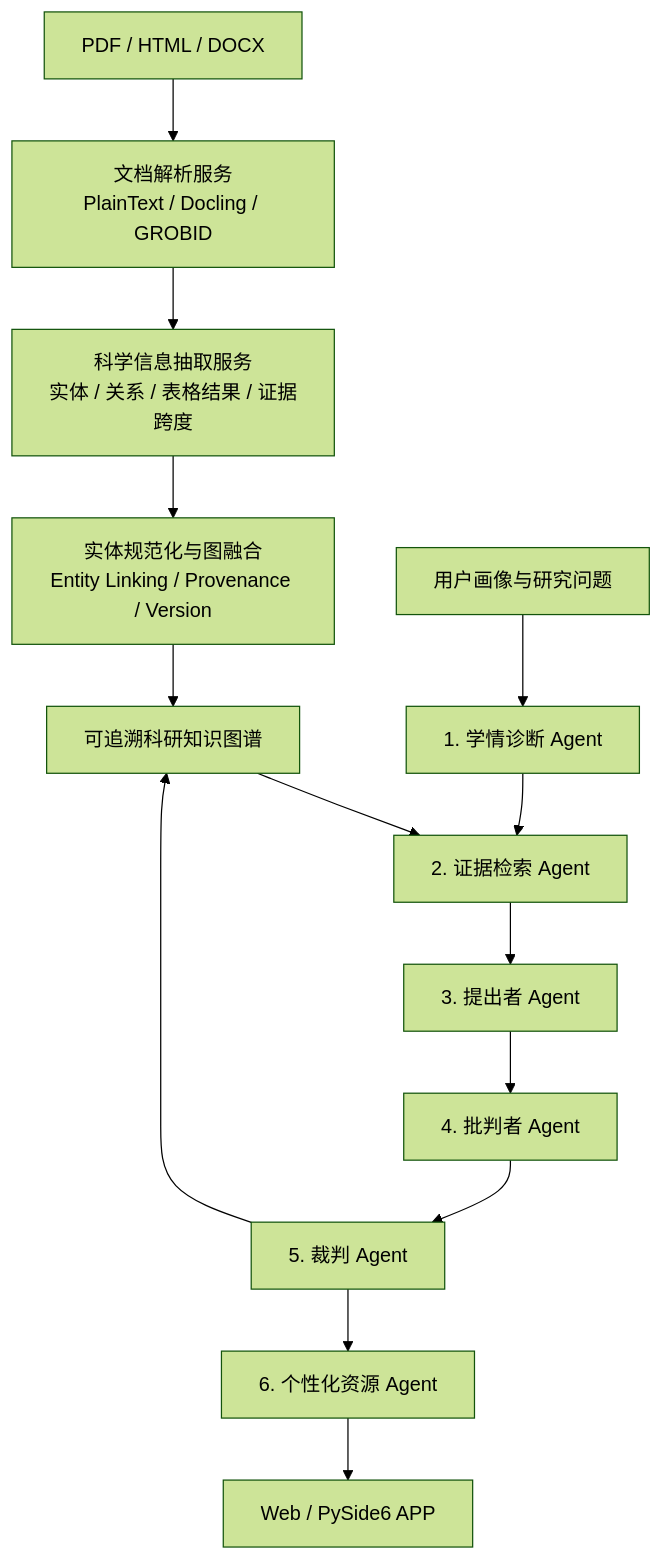
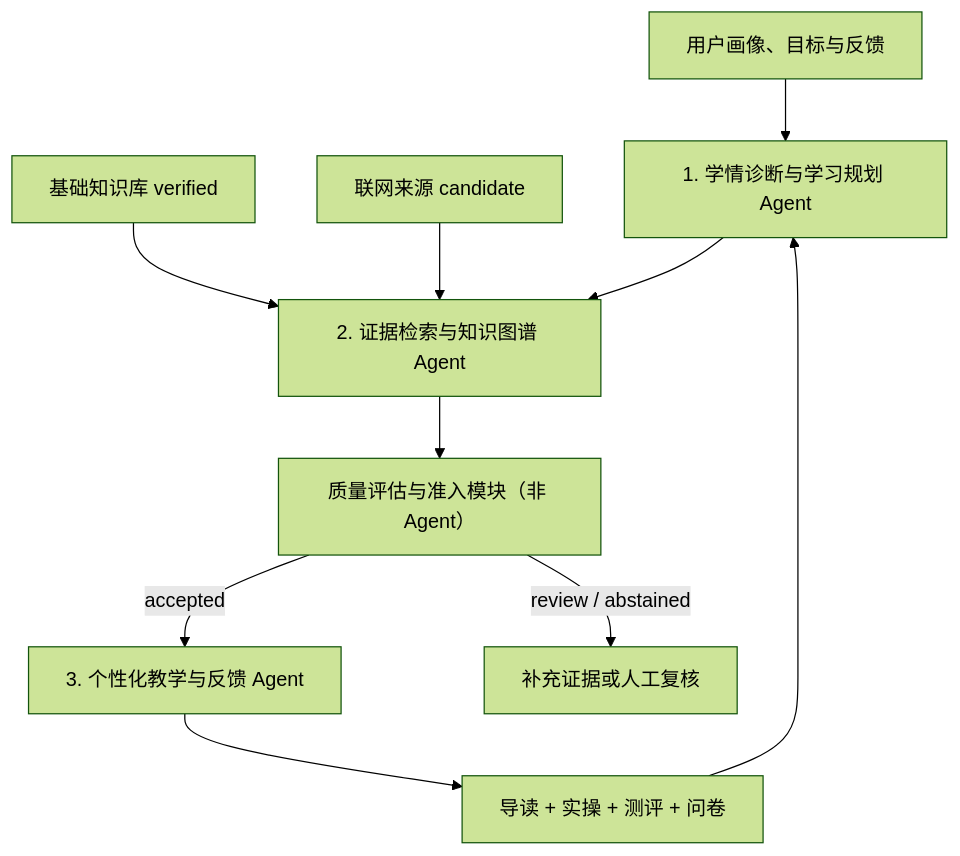
One commit to Berries06/Multi-Agent-Scholarly-Trace-demo changed the diagram in README.md. Above: the diagram before and after it, drawn with Mermaid (forest theme). The commit also changed other lines of this file and 29 other files, not shown here.

````diff
--- a/README.md
+++ b/README.md
@@ -140,17 +138,12 @@
 ```mermaid
 flowchart TD
-    A["PDF / HTML / DOCX"] --> B["文档解析服务<br/>PlainText / Docling / GROBID"]
-    B --> C["科学信息抽取服务<br/>实体 / 关系 / 表格结果 / 证据跨度"]
-    C --> D["实体规范化与图融合<br/>Entity Linking / Provenance / Version"]
-    D --> E["可追溯科研知识图谱"]
-
-    U["用户画像与研究问题"] --> A1["1. 学情诊断 Agent"]
-    E --> A2["2. 证据检索 Agent"]
+    U["用户画像、目标与反馈"] --> A1["1. 学情诊断与学习规划 Agent"]
+    K["基础知识库 verified"] --> A2["2. 证据检索与知识图谱 Agent"]
+    W["联网来源 candidate"] --> A2
     A1 --> A2
-    A2 --> A3["3. 提出者 Agent"]
-    A3 --> A4["4. 批判者 Agent"]
-    A4 --> A5["5. 裁判 Agent"]
-    A5 --> A6["6. 个性化资源 Agent"]
-    A5 --> E
-    A6 --> F["Web / PySide6 APP"]
+    A2 --> Q["质量评估与准入模块（非 Agent）"]
+    Q -->|accepted| A3["3. 个性化教学与反馈 Agent"]
+    Q -->|review / abstained| H["补充证据或人工复核"]
+    A3 --> R["导读 + 实操 + 测评 + 问卷"]
+    R --> A1
 ```
````
